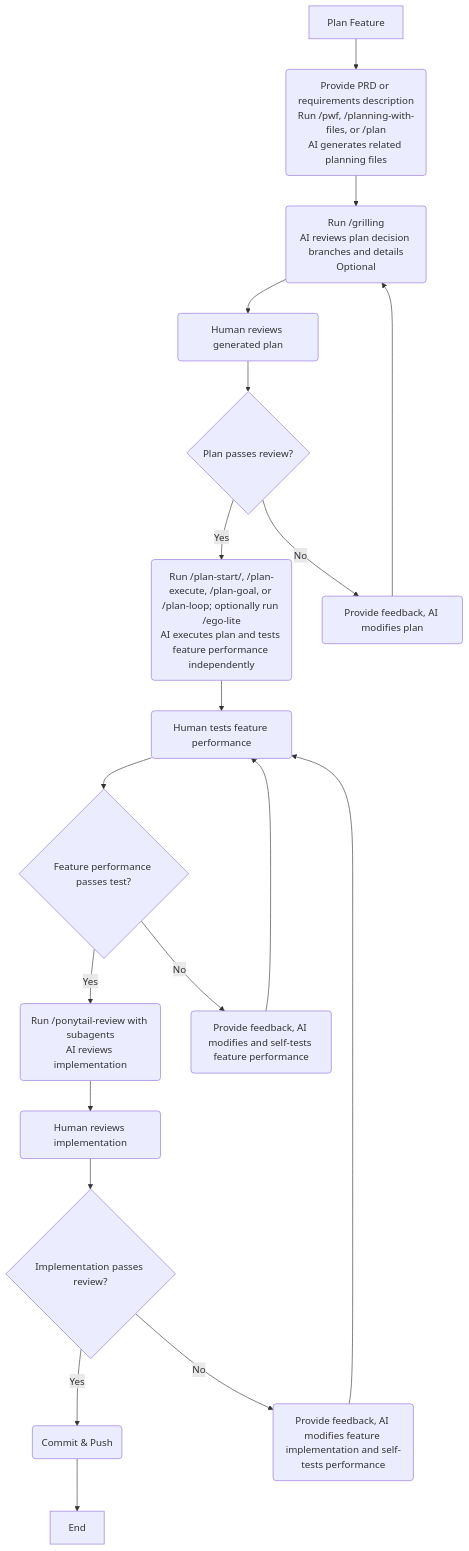
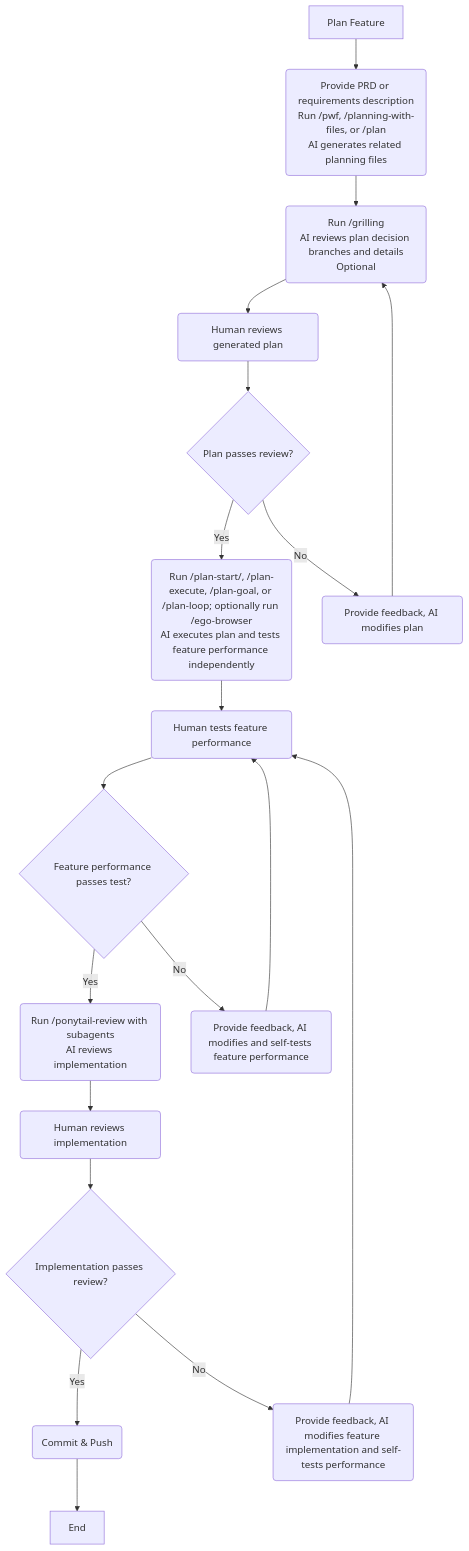
The first of 3 diagrams in README.md (ModyQyW/ai), drawn with Mermaid before and after one commit. The commit also changed other lines of this file and 1 other file, not shown here.

````diff
--- a/README.md
+++ b/README.md
@@ -113,21 +113,21 @@
 ```mermaid
 flowchart TD
    A[Plan Feature] --> B(Provide PRD or requirements description\nRun /pwf, /planning-with-files, or /plan\nAI generates related planning files)
    B --> C(Run /grilling\nAI reviews plan decision branches and details\nOptional)
    C --> D(Human reviews generated plan)
    D --> E{Plan passes review?}
-   E -->|Yes| F(Run /plan-start/, /plan-execute, /plan-goal, or /plan-loop; optionally run /ego-lite\nAI executes plan and tests feature performance independently)
+   E -->|Yes| F(Run /plan-start/, /plan-execute, /plan-goal, or /plan-loop; optionally run /ego-browser\nAI executes plan and tests feature performance independently)
    E -->|No| G(Provide feedback, AI modifies plan)
    G --> C
    F --> H(Human tests feature performance)
    H --> I{Feature performance passes test?}
    I -->|Yes| J(Run /ponytail-review with subagents\nAI reviews implementation)
    I -->|No| K(Provide feedback, AI modifies and self-tests feature performance)
    K --> H
    J --> L(Human reviews implementation)
    L --> M{Implementation passes review?}
    M -->|Yes| N(Commit & Push)
    M -->|No| O(Provide feedback, AI modifies feature implementation and self-tests performance)
    O --> H
    N --> P[End]
 ```
````
